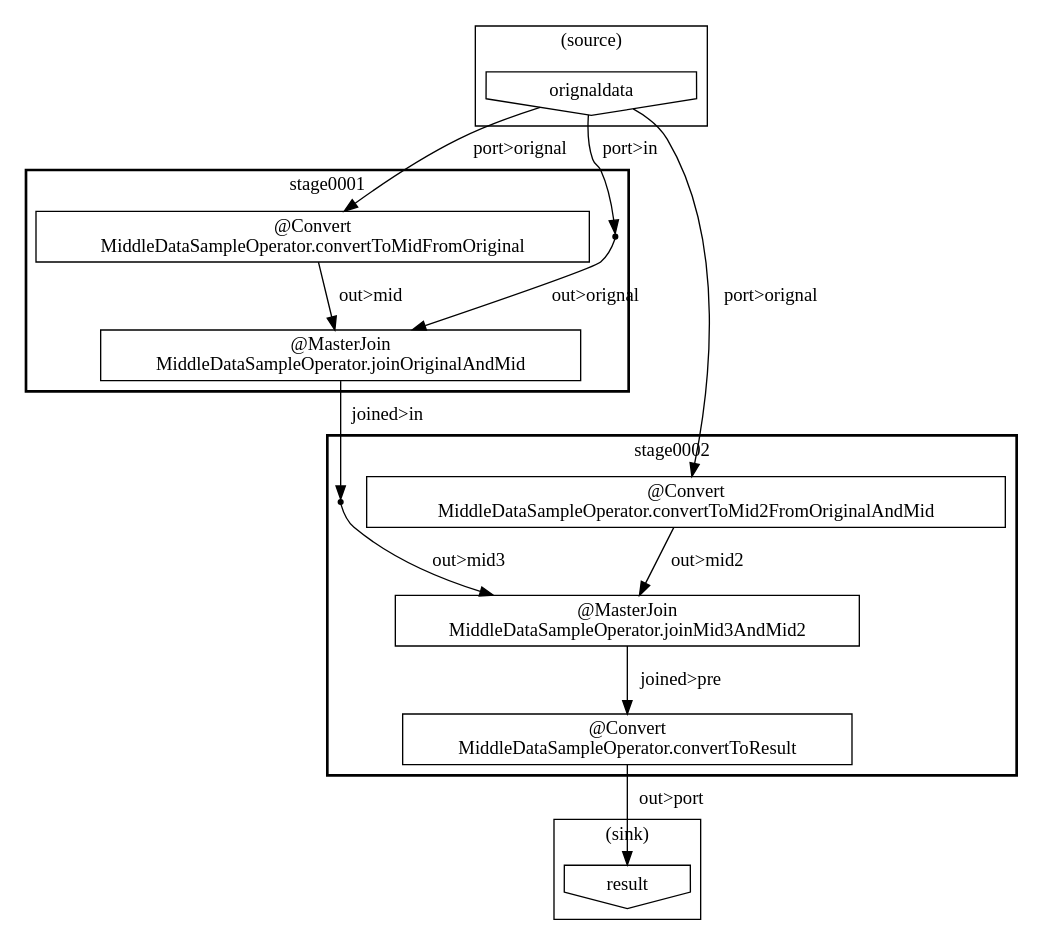
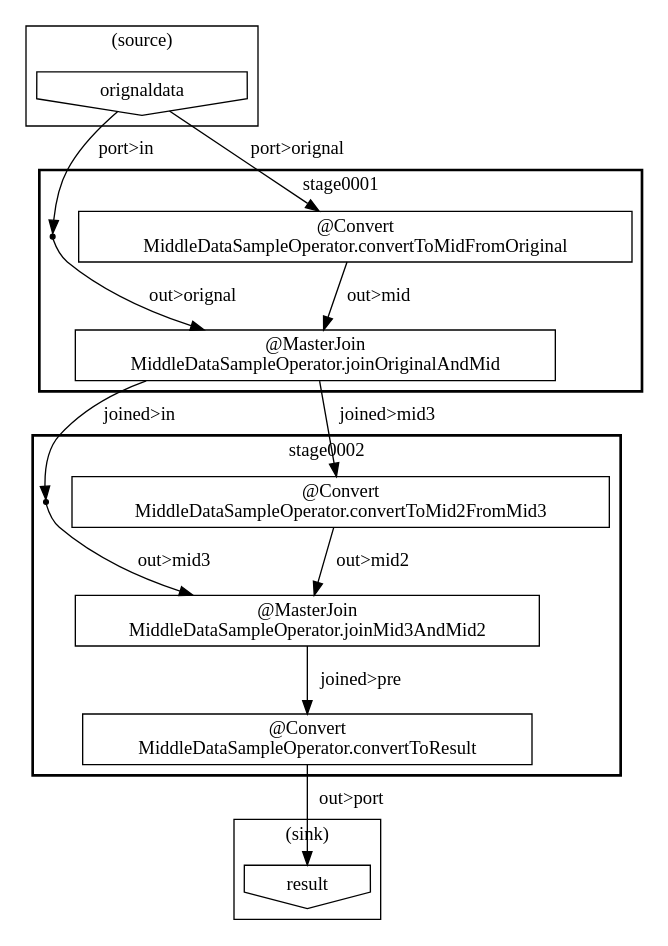
The diagram in target/batchcwork/mdsBatch/TheMiddataSampleJobFlow/build/bin/META-INF/visualize/stagegraph.dot (ironpeace/AsakusaMiddleDataSample), drawn with Graphviz before and after one commit. The commit also changed 62 other files, not shown here.

```diff
--- a/target/batchcwork/mdsBatch/TheMiddataSampleJobFlow/build/bin/META-INF/visualize/stagegraph.dot
+++ b/target/batchcwork/mdsBatch/TheMiddataSampleJobFlow/build/bin/META-INF/visualize/stagegraph.dot
@@ -1,35 +1,35 @@
 digraph {
-    subgraph "cluster_1f538664-f64a-4615-ac88-783661ee479b" {
+    subgraph "cluster_6f455fa5-368e-4d49-8f87-18f2cda65ec1" {
+        label = "(sink)";
+        "ac717cc9-743c-4b4f-89a2-1332f0c6a363" [shape=invhouse, label="result"];
+    }
+    subgraph "cluster_eee837f2-a003-4016-bafb-1629566bb301" {
         label = "stage0001";
         style = bold;
-        "10df41b2-228a-499c-8f35-63968ce2e5d3" [shape=box, label="@MasterJoin\nMiddleDataSampleOperator.joinOriginalAndMid"];
-        "c76b2ca6-5ba9-4913-b932-8013401a8503" [shape=box, label="@Convert\nMiddleDataSampleOperator.convertToMidFromOriginal"];
-        "30d1f064-5bd7-47fe-84ae-8a872f0a2d38" [shape=point];
+        "cb773c91-f1e5-4f30-b1db-515729375d57" [shape=box, label="@MasterJoin\nMiddleDataSampleOperator.joinOriginalAndMid"];
+        "3b455145-7feb-4ec7-acd0-16289831b597" [shape=point];
+        "c679de98-6642-4f06-b996-bd5d6075dc22" [shape=box, label="@Convert\nMiddleDataSampleOperator.convertToMidFromOriginal"];
     }
-    subgraph "cluster_2fdb3167-3a61-4538-abd8-fdd9cfb7ff34" {
-        label = "(sink)";
-        "a17eb3b9-c817-47ad-a657-4af749d5d0f7" [shape=invhouse, label="result"];
-    }
-    subgraph "cluster_615bb162-fb73-476d-8c18-05d3b3e5a21d" {
+    subgraph "cluster_095fe6bb-a81a-44b9-b949-fc9e032bea65" {
         label = "stage0002";
         style = bold;
-        "86105bf7-c142-4f52-a474-a06e65f75526" [shape=point];
-        "d6c4602e-4320-4e70-af7a-4301ecf2f8aa" [shape=box, label="@Convert\nMiddleDataSampleOperator.convertToMid2FromOriginalAndMid"];
-        "1727115c-aab1-4826-be93-048f414e2d72" [shape=box, label="@Convert\nMiddleDataSampleOperator.convertToResult"];
-        "d8bdb4a3-fe19-41e5-bf0f-a8431d231c8d" [shape=box, label="@MasterJoin\nMiddleDataSampleOperator.joinMid3AndMid2"];
+        "ed21dbda-653a-4f62-a24d-eed265c33875" [shape=point];
+        "2871a6e5-f6ea-4a34-be24-bc77c9db3bd4" [shape=box, label="@Convert\nMiddleDataSampleOperator.convertToMid2FromMid3"];
+        "0968357d-0f46-4386-afed-12e1afc74c28" [shape=box, label="@Convert\nMiddleDataSampleOperator.convertToResult"];
+        "af7f4175-4f96-49a2-9adb-b66d8c25ac98" [shape=box, label="@MasterJoin\nMiddleDataSampleOperator.joinMid3AndMid2"];
     }
-    subgraph "cluster_8fe256f5-3eea-4d8e-a8f4-88b52a7a136c" {
+    subgraph "cluster_7bc610c2-4711-4518-9e5d-1bc9cab7eab2" {
         label = "(source)";
-        "11948479-3367-4169-a7c0-0cd98d29aa8b" [shape=invhouse, label="orignaldata"];
+        "a77a5dbd-55d2-48f6-893d-62bbe01fe6e2" [shape=invhouse, label="orignaldata"];
     }
-    "10df41b2-228a-499c-8f35-63968ce2e5d3" -> "86105bf7-c142-4f52-a474-a06e65f75526" [label="joined>in"];
-    "30d1f064-5bd7-47fe-84ae-8a872f0a2d38" -> "10df41b2-228a-499c-8f35-63968ce2e5d3" [label="out>orignal"];
-    "c76b2ca6-5ba9-4913-b932-8013401a8503" -> "10df41b2-228a-499c-8f35-63968ce2e5d3" [label="out>mid"];
-    "d6c4602e-4320-4e70-af7a-4301ecf2f8aa" -> "d8bdb4a3-fe19-41e5-bf0f-a8431d231c8d" [label="out>mid2"];
-    "86105bf7-c142-4f52-a474-a06e65f75526" -> "d8bdb4a3-fe19-41e5-bf0f-a8431d231c8d" [label="out>mid3"];
-    "1727115c-aab1-4826-be93-048f414e2d72" -> "a17eb3b9-c817-47ad-a657-4af749d5d0f7" [label="out>port"];
-    "d8bdb4a3-fe19-41e5-bf0f-a8431d231c8d" -> "1727115c-aab1-4826-be93-048f414e2d72" [label="joined>pre"];
-    "11948479-3367-4169-a7c0-0cd98d29aa8b" -> "30d1f064-5bd7-47fe-84ae-8a872f0a2d38" [label="port>in"];
-    "11948479-3367-4169-a7c0-0cd98d29aa8b" -> "c76b2ca6-5ba9-4913-b932-8013401a8503" [label="port>orignal"];
-    "11948479-3367-4169-a7c0-0cd98d29aa8b" -> "d6c4602e-4320-4e70-af7a-4301ecf2f8aa" [label="port>orignal"];
+    "cb773c91-f1e5-4f30-b1db-515729375d57" -> "ed21dbda-653a-4f62-a24d-eed265c33875" [label="joined>in"];
+    "cb773c91-f1e5-4f30-b1db-515729375d57" -> "2871a6e5-f6ea-4a34-be24-bc77c9db3bd4" [label="joined>mid3"];
+    "c679de98-6642-4f06-b996-bd5d6075dc22" -> "cb773c91-f1e5-4f30-b1db-515729375d57" [label="out>mid"];
+    "3b455145-7feb-4ec7-acd0-16289831b597" -> "cb773c91-f1e5-4f30-b1db-515729375d57" [label="out>orignal"];
+    "2871a6e5-f6ea-4a34-be24-bc77c9db3bd4" -> "af7f4175-4f96-49a2-9adb-b66d8c25ac98" [label="out>mid2"];
+    "ed21dbda-653a-4f62-a24d-eed265c33875" -> "af7f4175-4f96-49a2-9adb-b66d8c25ac98" [label="out>mid3"];
+    "0968357d-0f46-4386-afed-12e1afc74c28" -> "ac717cc9-743c-4b4f-89a2-1332f0c6a363" [label="out>port"];
+    "af7f4175-4f96-49a2-9adb-b66d8c25ac98" -> "0968357d-0f46-4386-afed-12e1afc74c28" [label="joined>pre"];
+    "a77a5dbd-55d2-48f6-893d-62bbe01fe6e2" -> "3b455145-7feb-4ec7-acd0-16289831b597" [label="port>in"];
+    "a77a5dbd-55d2-48f6-893d-62bbe01fe6e2" -> "c679de98-6642-4f06-b996-bd5d6075dc22" [label="port>orignal"];
 }
```
